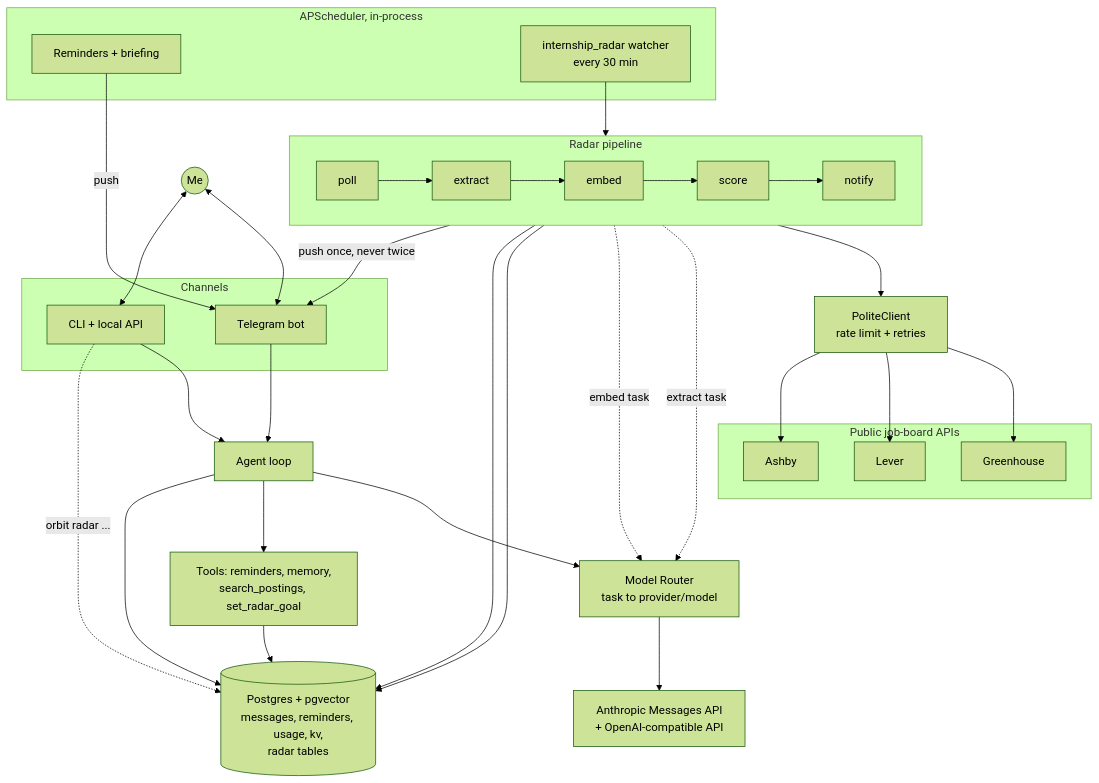
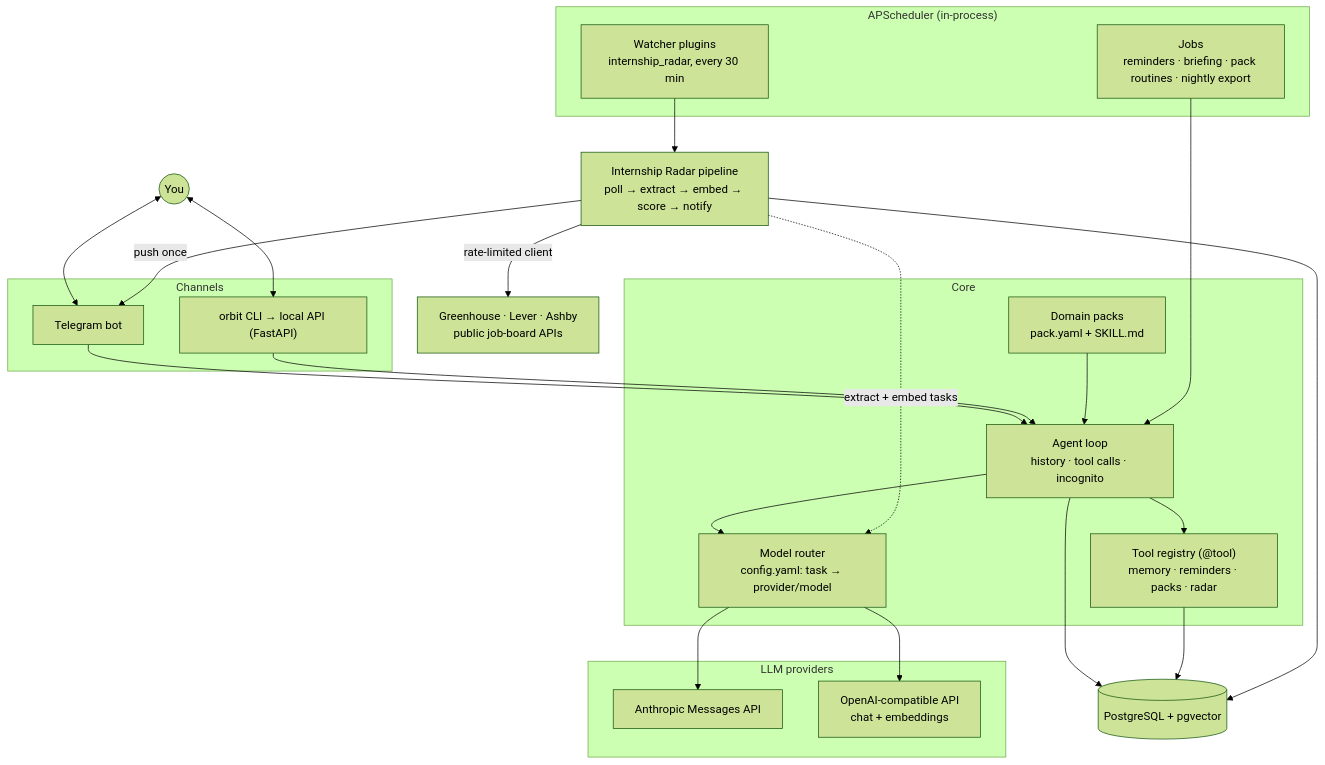
The diagram in README.md (xy9iao/orbit-agent), drawn with Mermaid (forest theme) before and after one commit. The commit also changed other lines of this file and 3 other files, not shown here.

````diff
--- a/README.md
+++ b/README.md
@@ -44,56 +24,48 @@
 ```mermaid
 flowchart TB
-    me(("Me"))
+    user(("You"))
 
     subgraph channels["Channels"]
         tg["Telegram bot"]
-        cli["CLI + local API"]
+        api["orbit CLI → local API (FastAPI)"]
     end
 
-    agent["Agent loop"]
-    tools["Tools: reminders, memory,<br/>search_postings, set_radar_goal"]
-    router["Model Router<br/>task to provider/model"]
-    llm["Anthropic Messages API<br/>+ OpenAI-compatible API"]
-
-    subgraph sched["APScheduler, in-process"]
-        jobs["Reminders + briefing"]
-        watcher["internship_radar watcher<br/>every 30 min"]
+    subgraph core["Core"]
+        agent["Agent loop<br/>history · tool calls · incognito"]
+        packs["Domain packs<br/>pack.yaml + SKILL.md"]
+        tools["Tool registry (@tool)<br/>memory · reminders · packs · radar"]
+        router["Model router<br/>config.yaml: task → provider/model"]
     end
 
-    subgraph pipeline["Radar pipeline"]
-        direction LR
-        poll["poll"] --> extract["extract"] --> embed["embed"] --> score["score"] --> notify["notify"]
+    subgraph providers["LLM providers"]
+        anthropic["Anthropic Messages API"]
+        openai["OpenAI-compatible API<br/>chat + embeddings"]
     end
 
-    subgraph boards["Public job-board APIs"]
-        gh["Greenhouse"]
-        lv["Lever"]
-        ab["Ashby"]
+    subgraph sched["APScheduler (in-process)"]
+        jobs["Jobs<br/>reminders · briefing · pack routines · nightly export"]
+        watcher["Watcher plugins<br/>internship_radar, every 30 min"]
     end
 
-    polite["PoliteClient<br/>rate limit + retries"]
-    db[("Postgres + pgvector<br/>messages, reminders, usage, kv,<br/>radar tables")]
+    radar["Internship Radar pipeline<br/>poll → extract → embed → score → notify"]
+    boards["Greenhouse · Lever · Ashby<br/>public job-board APIs"]
+    db[("PostgreSQL + pgvector")]
 
-    me <--> tg
-    me <--> cli
+    user <--> tg
+    user <--> api
     tg --> agent
-    cli --> agent
+    api --> agent
+    packs --> agent
+    agent --> tools
     agent --> router
-    router --> llm
-    agent --> tools
+    router --> anthropic
+    router --> openai
+    jobs --> agent
+    watcher --> radar
+    radar -->|rate-limited client| boards
+    radar -.->|extract + embed tasks| router
     agent --> db
     tools --> db
-    cli -.->|"orbit radar ..."| db
-
-    watcher --> poll
-    poll --> polite
-    polite --> gh
-    polite --> lv
-    polite --> ab
-    extract -.->|"extract task"| router
-    embed -.->|"embed task"| router
-    poll --> db
-    score --> db
-    notify -->|"push once, never twice"| tg
-    jobs -->|"push"| tg
+    radar --> db
+    radar -->|push once| tg
 ```
````
